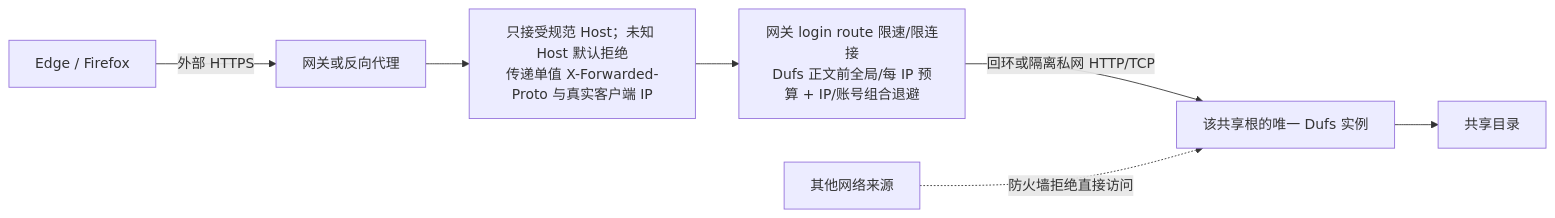
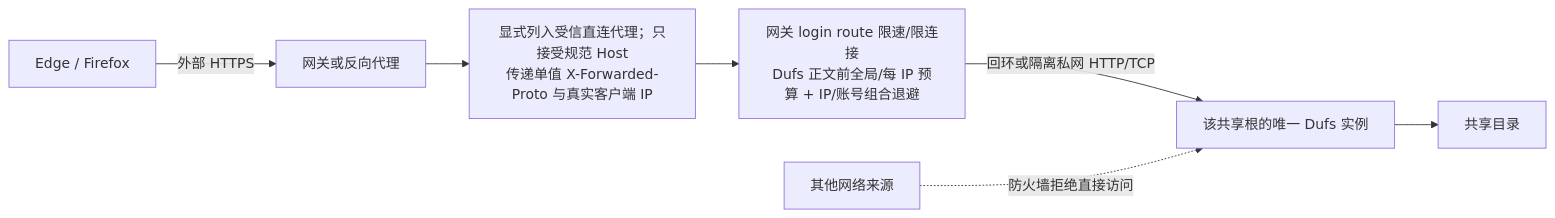
Before and after one commit to isarmg/dufs-ram: the third of 22 diagrams in docs/project-workflow.md, drawn with Mermaid. The commit also changed other lines of this file and 19 other files, not shown here.

````diff
--- a/docs/project-workflow.md
+++ b/docs/project-workflow.md
@@ -143,9 +143,9 @@
 ```mermaid
 flowchart LR
     B["Edge / Firefox"] -->|"外部 HTTPS"| G["网关或反向代理"]
-    G --> HOST["只接受规范 Host；未知 Host 默认拒绝<br/>传递单值 X-Forwarded-Proto 与真实客户端 IP"]
+    G --> HOST["显式列入受信直连代理；只接受规范 Host<br/>传递单值 X-Forwarded-Proto 与真实客户端 IP"]
     HOST --> LIMIT["网关 login route 限速/限连接<br/>Dufs 正文前全局/每 IP 预算 + IP/账号组合退避"]
     LIMIT -->|"回环或隔离私网 HTTP/TCP"| D["该共享根的唯一 Dufs 实例"]
     D --> F["共享目录"]
     PUBLIC["其他网络来源"] -. 防火墙拒绝直接访问 .-> D
 ```
````
